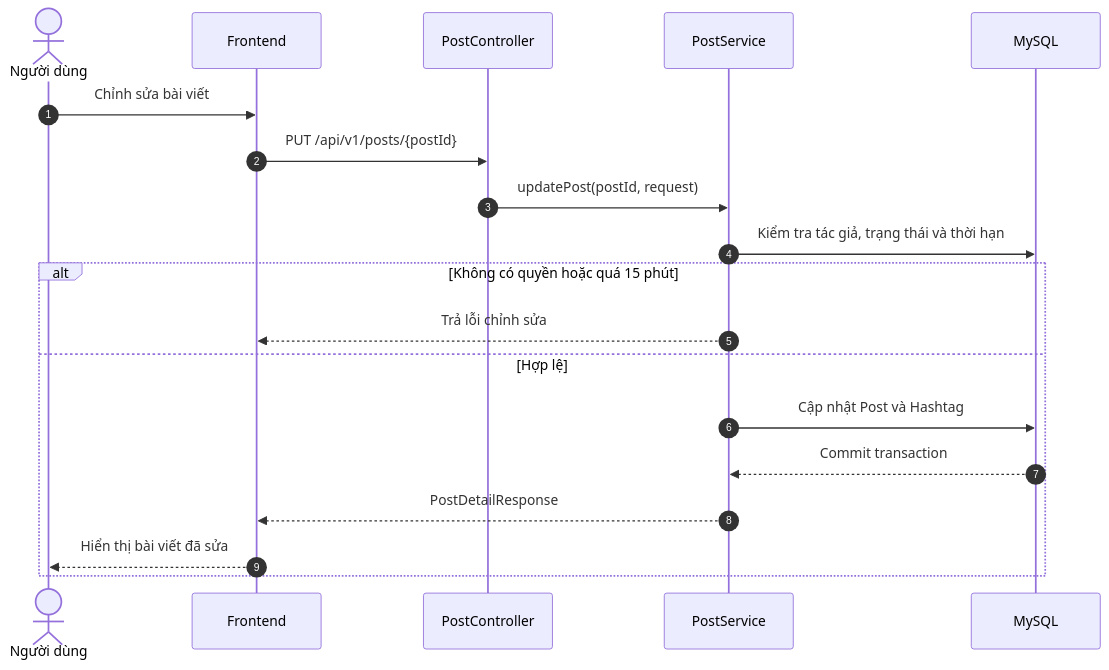
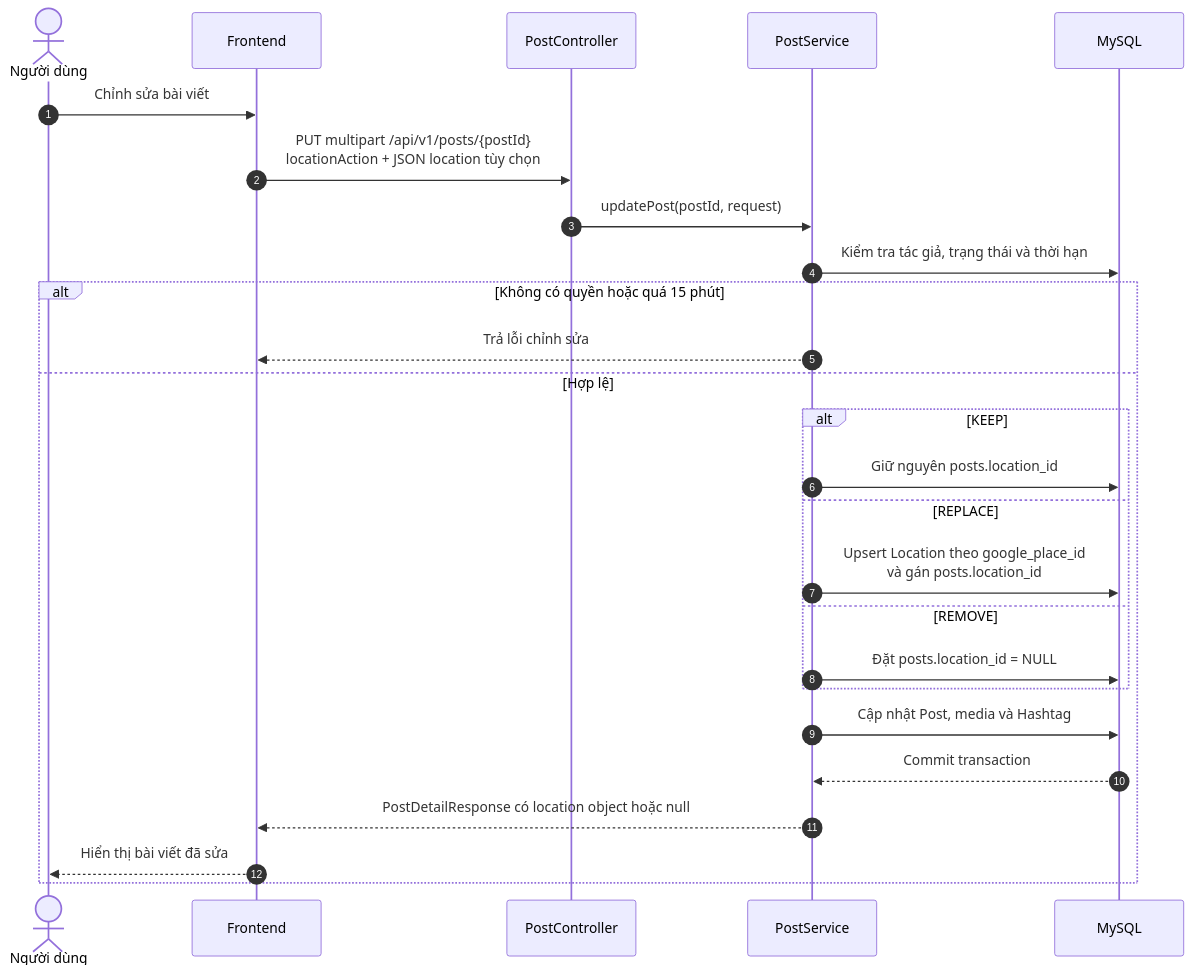
The diagram in docs/diagrams/sequence diagrams/update-post-sequence-report.mmd (duoz0323/student-social-network), drawn with Mermaid before and after one commit. The commit also changed 160 other files, not shown here.

```diff
--- a/docs/diagrams/sequence diagrams/update-post-sequence-report.mmd
+++ b/docs/diagrams/sequence diagrams/update-post-sequence-report.mmd
@@ -1,20 +1,27 @@
 sequenceDiagram
     autonumber
     actor U as Người dùng
     participant FE as Frontend
     participant PC as PostController
     participant PS as PostService
     participant DB as MySQL
 
     U->>FE: Chỉnh sửa bài viết
-    FE->>PC: PUT /api/v1/posts/{postId}
+    FE->>PC: PUT multipart /api/v1/posts/{postId}<br/>locationAction + JSON location tùy chọn
     PC->>PS: updatePost(postId, request)
     PS->>DB: Kiểm tra tác giả, trạng thái và thời hạn
     alt Không có quyền hoặc quá 15 phút
         PS-->>FE: Trả lỗi chỉnh sửa
     else Hợp lệ
-        PS->>DB: Cập nhật Post và Hashtag
+        alt KEEP
+            PS->>DB: Giữ nguyên posts.location_id
+        else REPLACE
+            PS->>DB: Upsert Location theo google_place_id<br/>và gán posts.location_id
+        else REMOVE
+            PS->>DB: Đặt posts.location_id = NULL
+        end
+        PS->>DB: Cập nhật Post, media và Hashtag
         DB-->>PS: Commit transaction
-        PS-->>FE: PostDetailResponse
+        PS-->>FE: PostDetailResponse có location object hoặc null
         FE-->>U: Hiển thị bài viết đã sửa
     end
```
